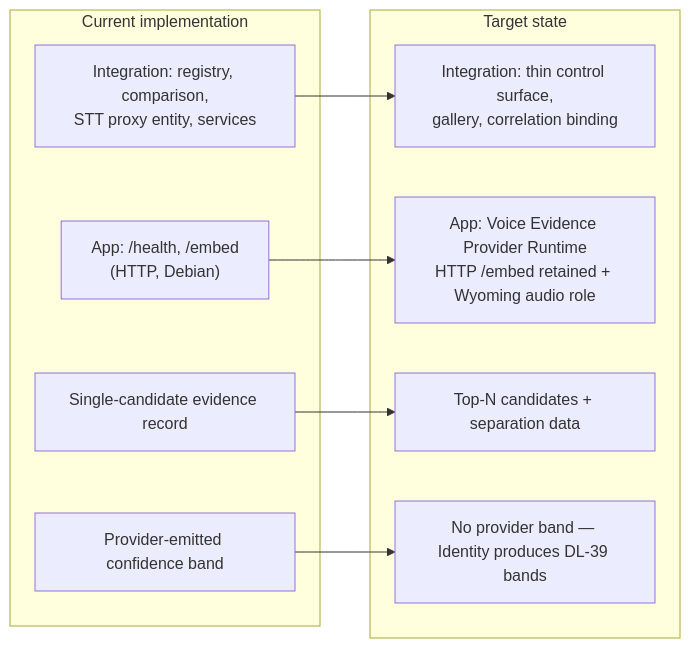
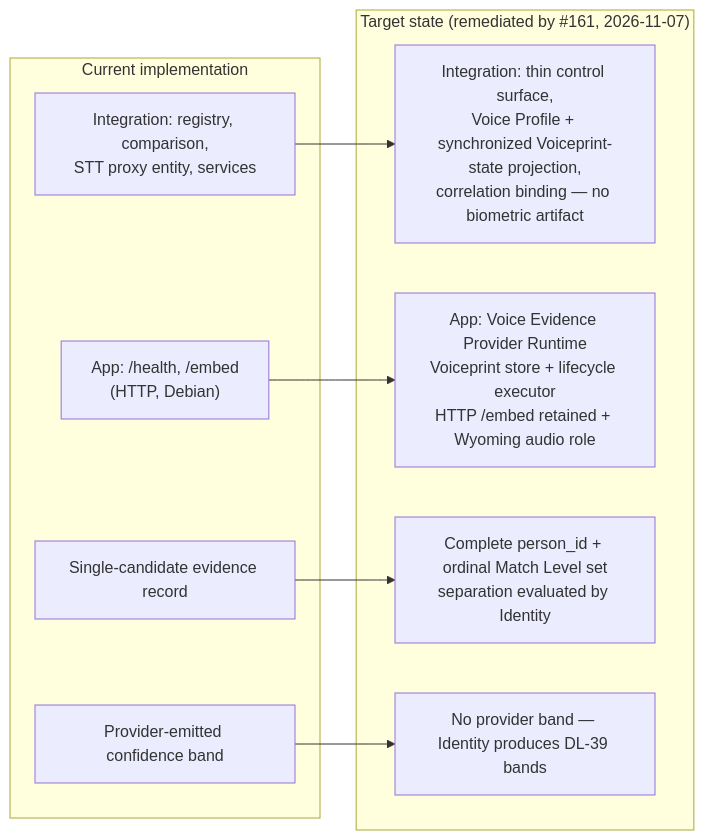
Before and after one commit to Homes-That-Behave-Well-LLC/homes_that_behave_well: the tenth of 10 diagrams in docs/architecture/adr-wyoming-compatible-voice-evidence-runtime.md, drawn with Mermaid. The commit also changed other lines of this file and 3 other files, not shown here.

First line of the commit message:
Issue #161: post-acceptance remediation of Phase 1 Voice Evidence contracts

````diff
--- a/docs/architecture/adr-wyoming-compatible-voice-evidence-runtime.md
+++ b/docs/architecture/adr-wyoming-compatible-voice-evidence-runtime.md
@@ -1138,19 +1145,19 @@
 ```mermaid
 flowchart LR
     subgraph NOW["Current implementation"]
         N1["Integration: registry, comparison,<br/>STT proxy entity, services"]
         N2["App: /health, /embed<br/>(HTTP, Debian)"]
         N3["Single-candidate evidence record"]
         N4["Provider-emitted confidence band"]
     end
-    subgraph TARGET["Target state"]
-        T1["Integration: thin control surface,<br/>gallery, correlation binding"]
-        T2["App: Voice Evidence Provider Runtime<br/>HTTP /embed retained + Wyoming audio role"]
-        T3["Top-N candidates + separation data"]
+    subgraph TARGET["Target state (remediated by #161, 2026-11-07)"]
+        T1["Integration: thin control surface,<br/>Voice Profile + synchronized Voiceprint-state projection,<br/>correlation binding — no biometric artifact"]
+        T2["App: Voice Evidence Provider Runtime<br/>Voiceprint store + lifecycle executor<br/>HTTP /embed retained + Wyoming audio role"]
+        T3["Complete person_id + ordinal Match Level set<br/>separation evaluated by Identity"]
         T4["No provider band — Identity produces DL-39 bands"]
     end
     N1 --> T1
     N2 --> T2
     N3 --> T3
     N4 --> T4
 ```
````
